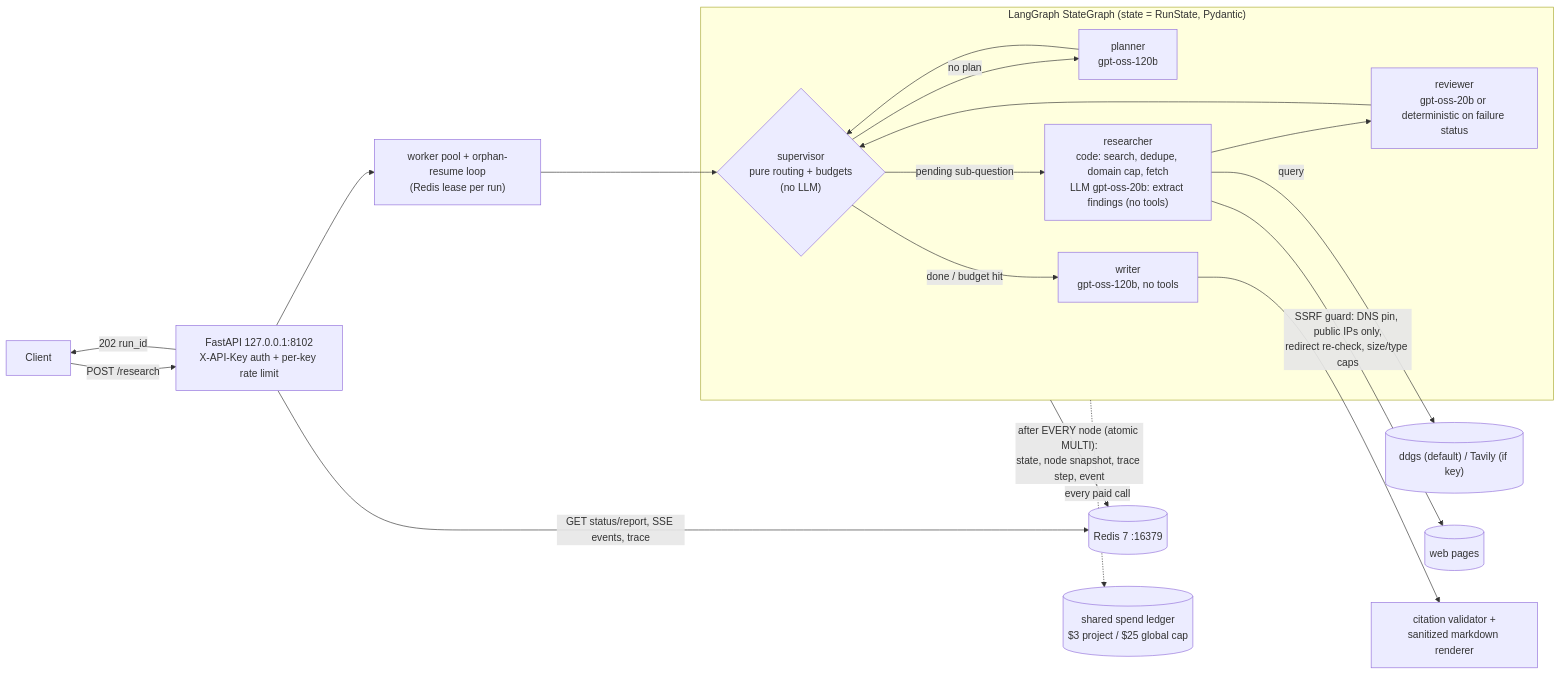
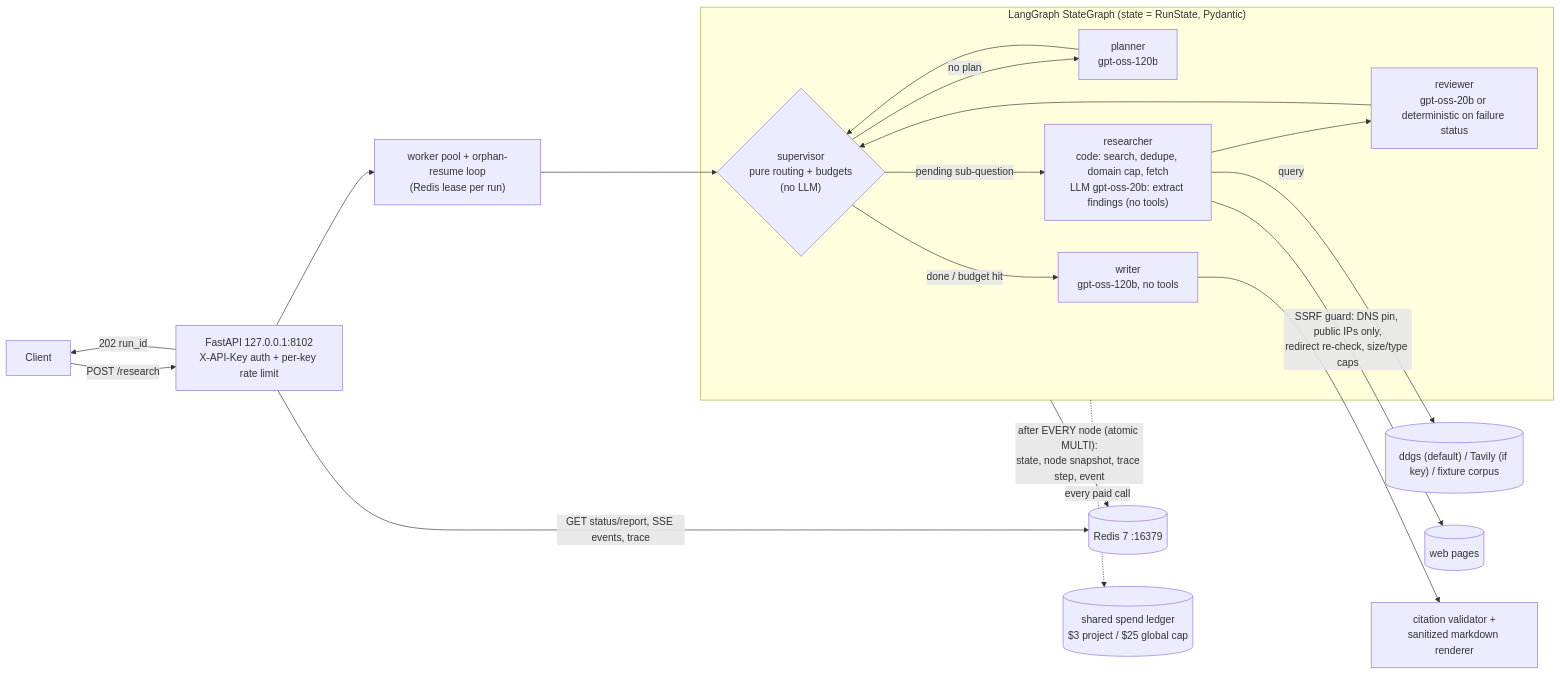
Before and after one commit to niravpatidar37/tracedresearch: the diagram in README.md, drawn with Mermaid. The commit also changed other lines of this file, not shown here.

````diff
--- a/README.md
+++ b/README.md
@@ -56,21 +161,21 @@
 ```mermaid
 flowchart LR
   C[Client] -->|POST /research| API["FastAPI 127.0.0.1:8102<br/>X-API-Key auth + per-key rate limit"]
   API -->|202 run_id| C
   API --> WP["worker pool + orphan-resume loop<br/>(Redis lease per run)"]
   WP --> SUP
   subgraph G["LangGraph StateGraph (state = RunState, Pydantic)"]
     SUP{"supervisor<br/>pure routing + budgets<br/>(no LLM)"} -->|no plan| PL["planner<br/>gpt-oss-120b"]
     PL --> SUP
     SUP -->|pending sub-question| RS["researcher<br/>code: search, dedupe, domain cap, fetch<br/>LLM gpt-oss-20b: extract findings (no tools)"]
     RS --> RV["reviewer<br/>gpt-oss-20b or deterministic on failure status"]
     RV --> SUP
     SUP -->|done / budget hit| WR["writer<br/>gpt-oss-120b, no tools"]
   end
-  RS -->|query| SE[("ddgs (default) / Tavily (if key)")]
+  RS -->|query| SE[("ddgs (default) / Tavily (if key) / fixture corpus")]
   RS -->|"SSRF guard: DNS pin, public IPs only,<br/>redirect re-check, size/type caps"| WEB[(web pages)]
   WR --> CV["citation validator +<br/>sanitized markdown renderer"]
   G -->|"after EVERY node (atomic MULTI):<br/>state, node snapshot, trace step, event"| RD[("Redis 7 :16379")]
   API -->|"GET status/report, SSE events, trace"| RD
   G -.->|every paid call| LED[("shared spend ledger<br/>$3 project / $25 global cap")]
 ```
````
